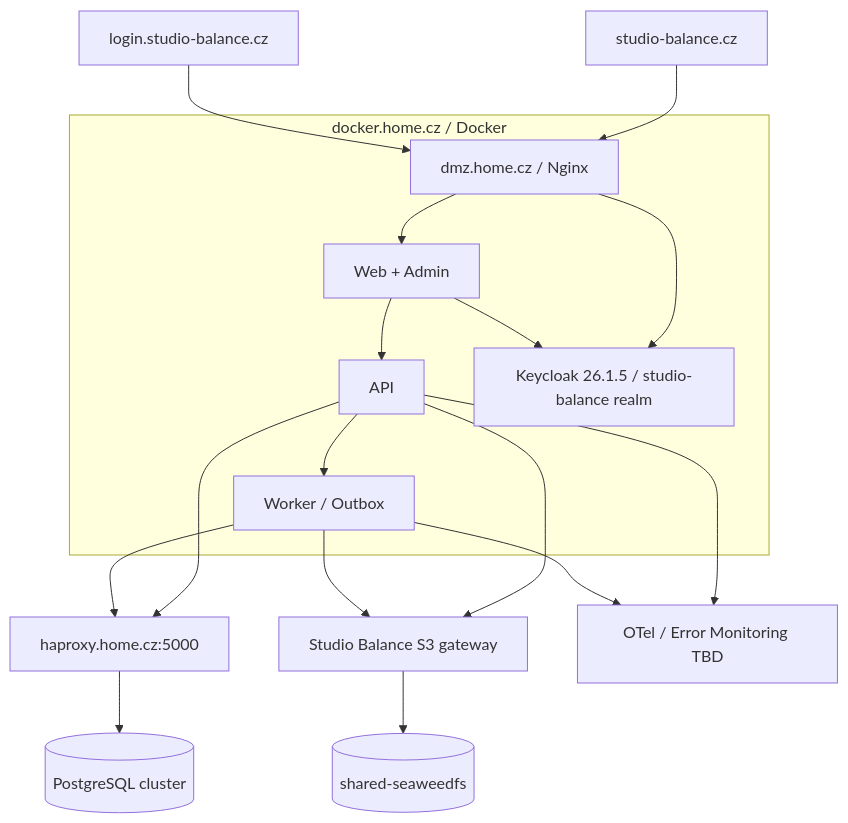
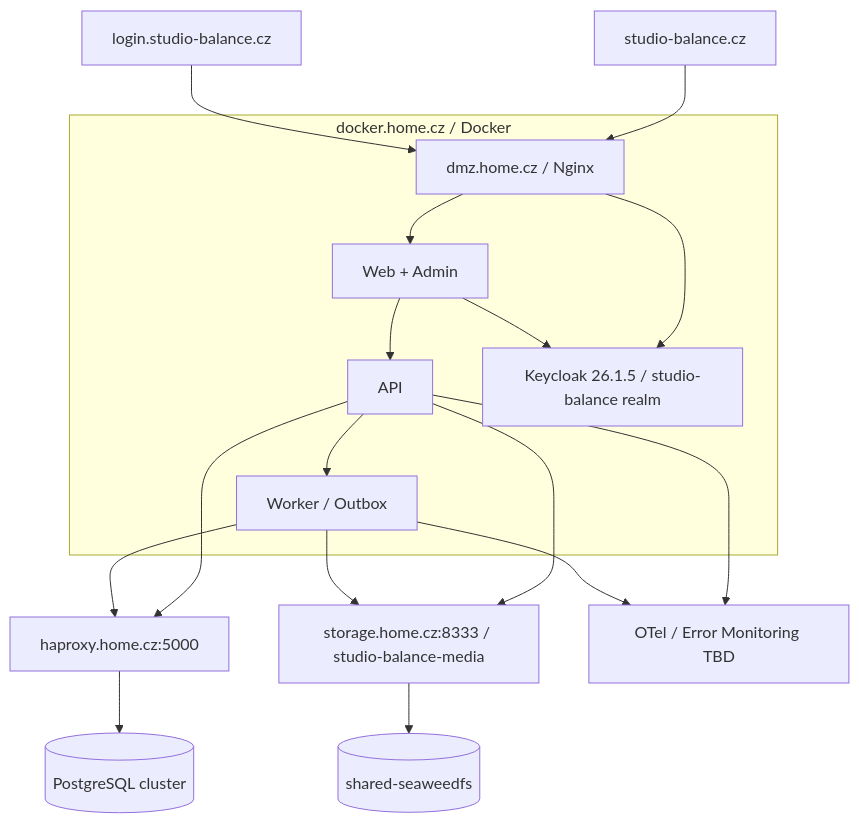
Before and after one commit to voldzi/Studio-Balance: the sixth of 6 diagrams in docs/architecture.md, drawn with Mermaid. The commit also changed other lines of this file and 21 other files, not shown here.

Commit message:
ops: connect isolated Studio Balance S3 bucket and verified backups

````diff
--- a/docs/architecture.md
+++ b/docs/architecture.md
@@ -246,20 +245,20 @@
 ```mermaid
 flowchart TB
   internet["studio-balance.cz"] --> dmz["dmz.home.cz / Nginx"]
   authinternet["login.studio-balance.cz"] --> dmz
   subgraph dockerhost["docker.home.cz / Docker"]
     dmz --> webdeploy[Web + Admin]
     webdeploy --> apideploy[API]
     apideploy --> workerdeploy[Worker / Outbox]
     dmz --> keycloak["Keycloak 26.1.5 / studio-balance realm"]
     webdeploy --> keycloak
   end
   apideploy --> dbproxy["haproxy.home.cz:5000"]
   workerdeploy --> dbproxy
   dbproxy --> proddb[(PostgreSQL cluster)]
-  apideploy --> s3gateway["Studio Balance S3 gateway"]
+  apideploy --> s3gateway["storage.home.cz:8333 / studio-balance-media"]
   workerdeploy --> s3gateway
   s3gateway --> seaweed[(shared-seaweedfs)]
   apideploy --> otel[OTel / Error Monitoring TBD]
   workerdeploy --> otel
 ```
````
